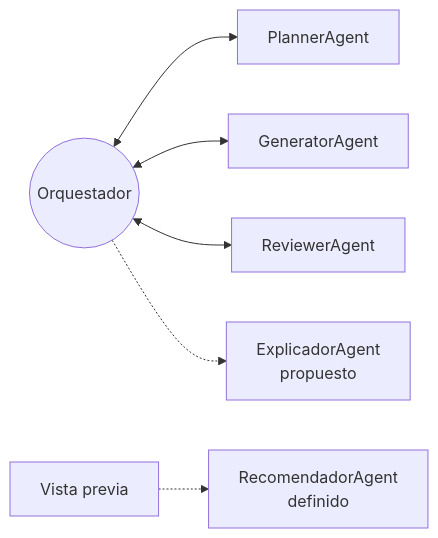
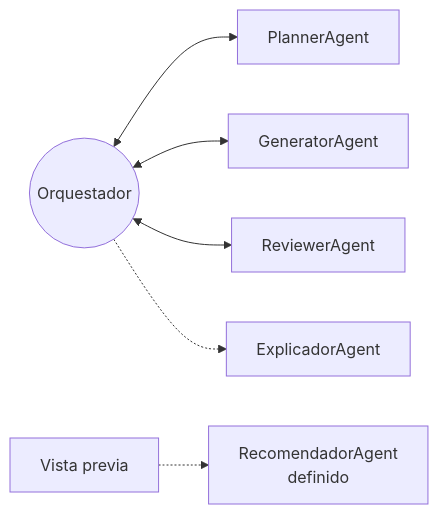
Diagram 13 of 13 in docs/arquitectura.md (AngelOncoy/QAgent), drawn with Mermaid before and after one commit. The commit also changed other lines of this file and 4 other files, not shown here.

````diff
--- a/docs/arquitectura.md
+++ b/docs/arquitectura.md
@@ -801,15 +802,15 @@
 ```mermaid
 flowchart LR
     ORQ(("Orquestador"))
     PL["PlannerAgent"]
     GE["GeneratorAgent"]
     RE["ReviewerAgent"]
-    EX["ExplicadorAgent<br/>propuesto"]
+    EX["ExplicadorAgent"]
     RC["RecomendadorAgent<br/>definido"]
     VP["Vista previa"]
     ORQ <--> PL
     ORQ <--> GE
     ORQ <--> RE
     ORQ -.-> EX
     VP -.-> RC
 ```
````
